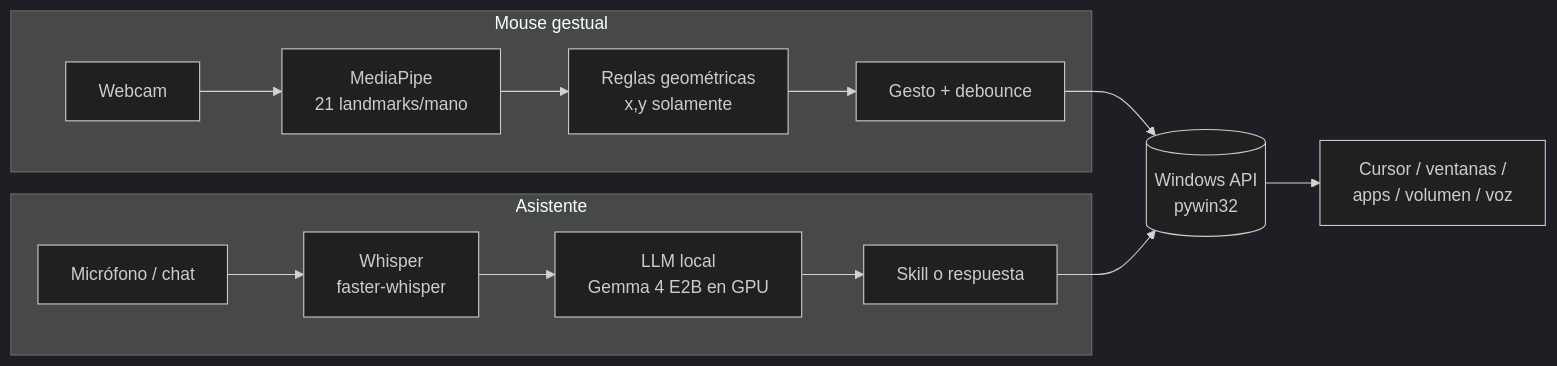
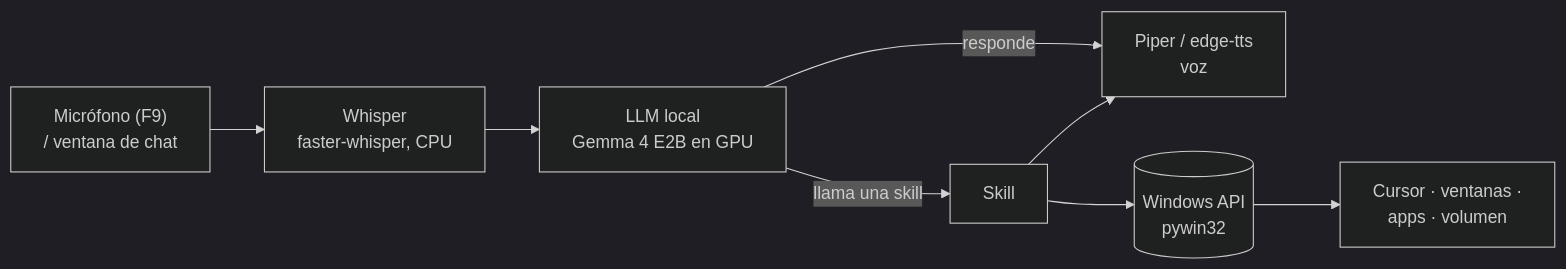
Before and after one commit to jjvelezo/viernes: the diagram in README.md, drawn with Mermaid (dark theme). The commit also changed other lines of this file and 9 other files, not shown here.

````diff
--- a/README.md
+++ b/README.md
@@ -44,16 +42,10 @@
 ```mermaid
 flowchart LR
-    subgraph Mouse gestual
-        A[Webcam] --> B[MediaPipe<br/>21 landmarks/mano]
-        B --> C[Reglas geométricas<br/>x,y solamente]
-        C --> D[Gesto + debounce]
-    end
-    subgraph Asistente
-        E[Micrófono / chat] --> F[Whisper<br/>faster-whisper]
-        F --> G[LLM local<br/>Gemma 4 E2B en GPU]
-        G --> H[Skill o respuesta]
-    end
-    D --> W[(Windows API<br/>pywin32)]
-    H --> W
-    W --> R[Cursor / ventanas /<br/>apps / volumen / voz]
+    E["Micrófono (F9)<br/>/ ventana de chat"] --> F[Whisper<br/>faster-whisper, CPU]
+    F --> G[LLM local<br/>Gemma 4 E2B en GPU]
+    G -->|responde| T[Piper / edge-tts<br/>voz]
+    G -->|llama una skill| S[Skill]
+    S --> W[(Windows API<br/>pywin32)]
+    S --> T
+    W --> R[Cursor · ventanas ·<br/>apps · volumen]
 ```
````
